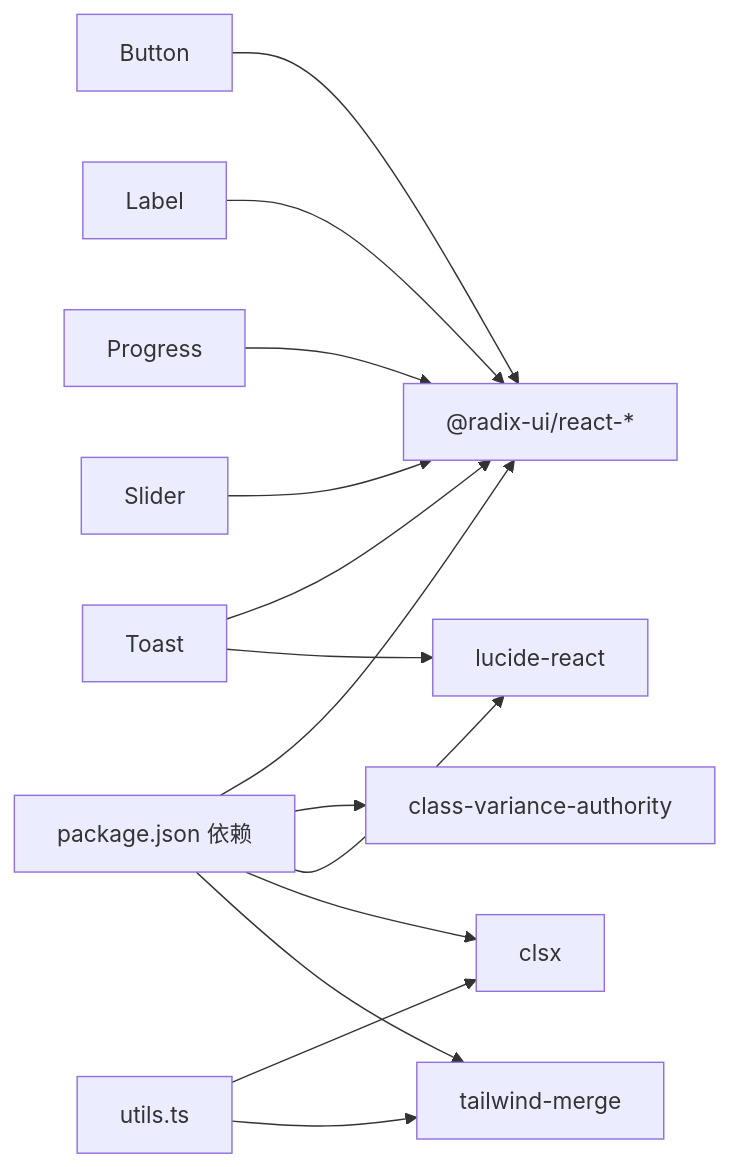
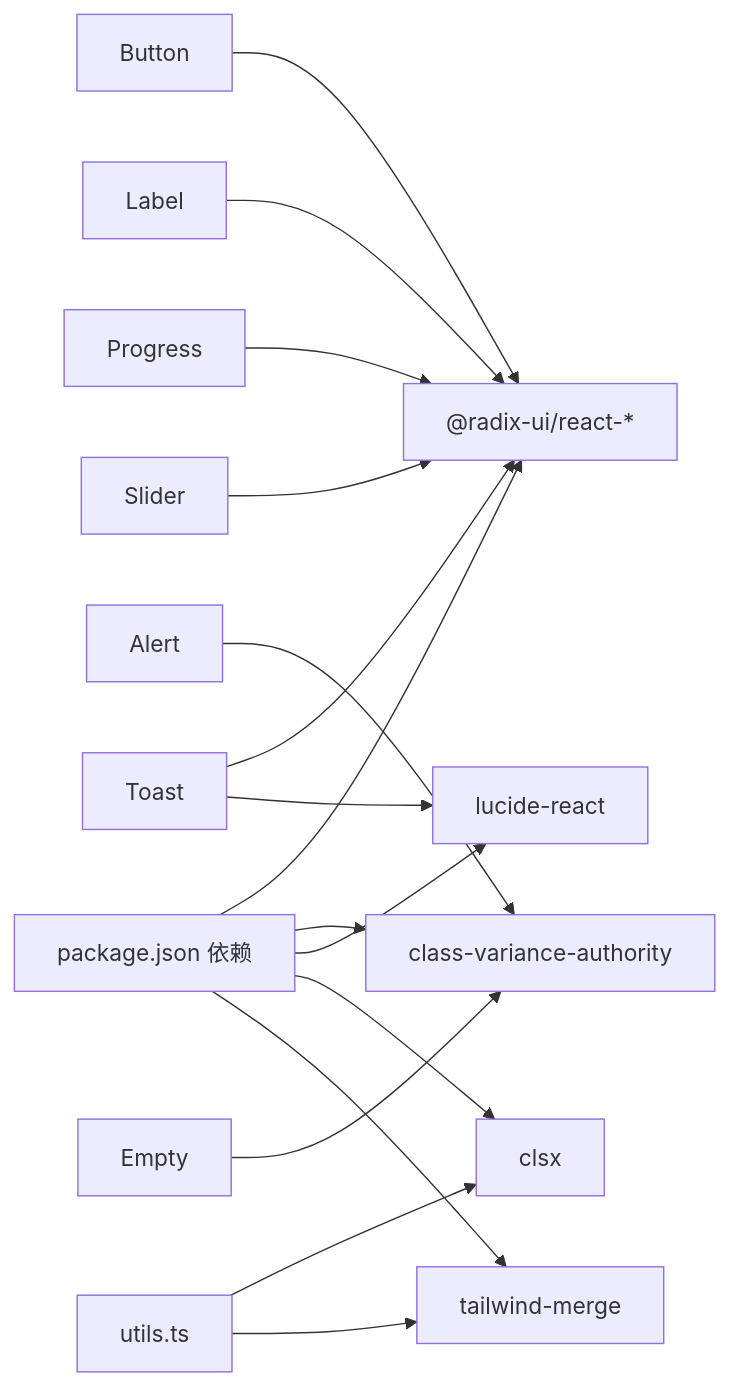
Diagram 15 of 15 in .qoder/repowiki/zh/content/UI组件系统/基础UI组件.md (RadiumAg/bilibili-favorites), drawn with Mermaid before and after one commit. The commit also changed other lines of this file and 5 other files, not shown here.

First line of the commit message:
feat(ui): 新增 Alert、Empty、Title 基础UI组件完善体系

````diff
--- a/.qoder/repowiki/zh/content/UI组件系统/基础UI组件.md
+++ b/.qoder/repowiki/zh/content/UI组件系统/基础UI组件.md
@@ -403,16 +559,18 @@
 ```mermaid
 graph LR
 PKG["package.json 依赖"] --> RADIX["@radix-ui/react-*"]
 PKG --> CVA["class-variance-authority"]
 PKG --> LUCIDE["lucide-react"]
 PKG --> CLSX["clsx"]
 PKG --> TWM["tailwind-merge"]
 BTN["Button"] --> RADIX
 LABEL["Label"] --> RADIX
 PROG["Progress"] --> RADIX
 SLIDER["Slider"] --> RADIX
 TOAST["Toast"] --> RADIX
 TOAST --> LUCIDE
+ALERT["Alert"] --> CVA
+EMPTY["Empty"] --> CVA
 UTILS["utils.ts"] --> CLSX
 UTILS --> TWM
 ```
````
